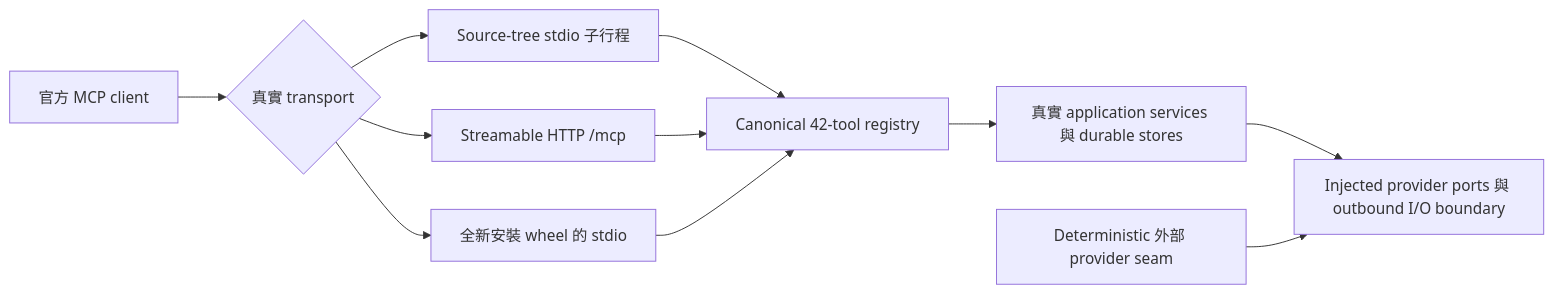
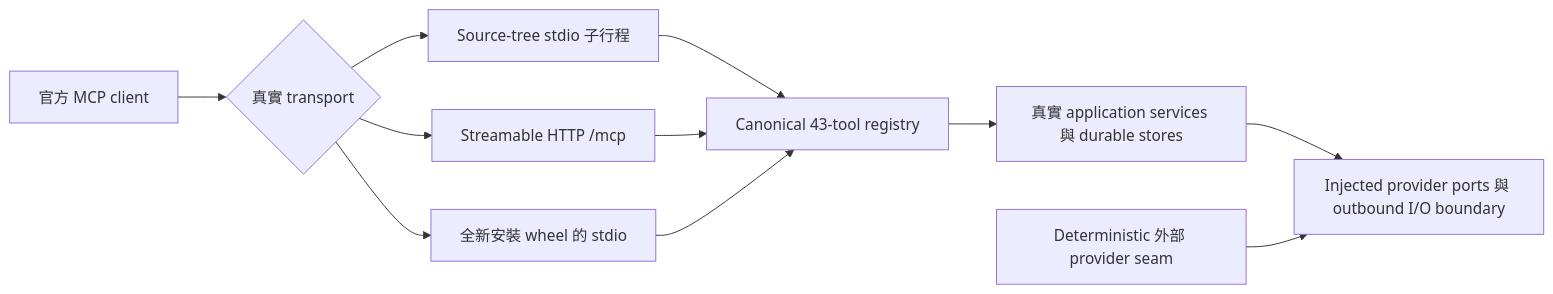
Before and after one commit to u9401066/pubmed-search-mcp: the diagram in docs/development/DEVELOPER_GUIDE.zh-TW.md, drawn with Mermaid. The commit also changed other lines of this file and 21 other files, not shown here.

````diff
--- a/docs/development/DEVELOPER_GUIDE.zh-TW.md
+++ b/docs/development/DEVELOPER_GUIDE.zh-TW.md
@@ -214,13 +214,13 @@
 ```mermaid
 flowchart LR
     C["官方 MCP client"] --> T{"真實 transport"}
     T --> S["Source-tree stdio 子行程"]
     T --> H["Streamable HTTP /mcp"]
     T --> W["全新安裝 wheel 的 stdio"]
-    S --> R["Canonical 42-tool registry"]
+    S --> R["Canonical 43-tool registry"]
     H --> R
     W --> R
     R --> A["真實 application services 與 durable stores"]
     A --> I["Injected provider ports 與 outbound I/O boundary"]
     P["Deterministic 外部 provider seam"] --> I
 ```
````
